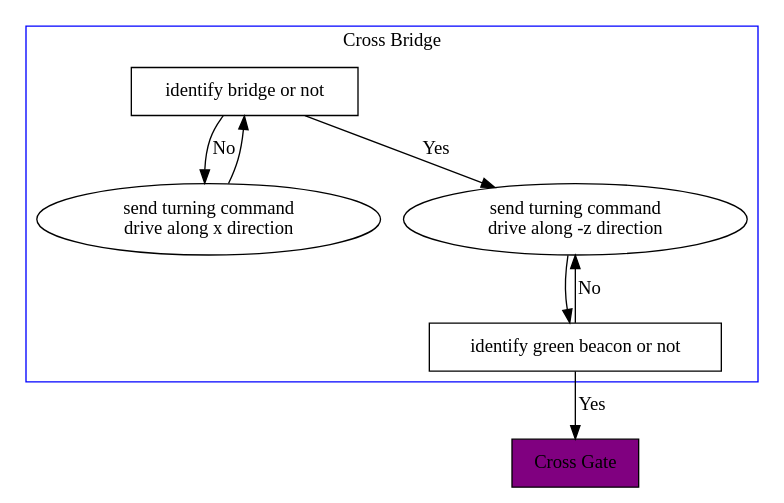
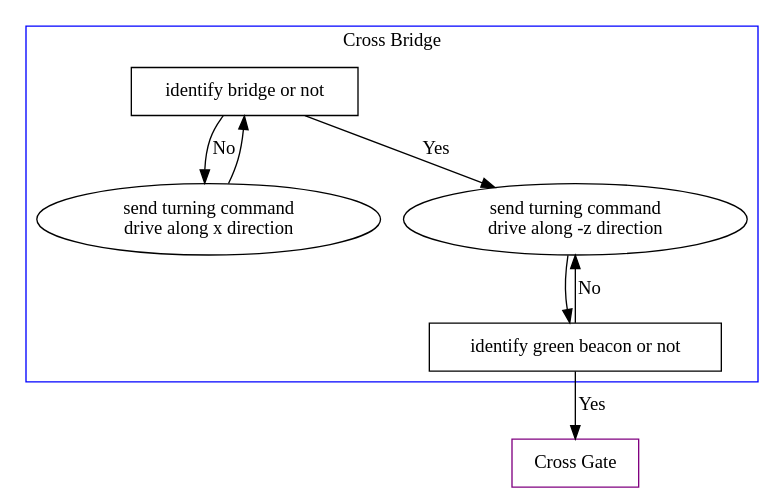
One commit to TDPS-Mihotel/Mihotel changed the diagram in flow_chart/cross_bridge.dot. Above: the diagram before and after it, drawn with Graphviz. The commit also changed 7 other files, not shown here.

```diff
--- a/flow_chart/cross_bridge.dot
+++ b/flow_chart/cross_bridge.dot
@@ -1,16 +1,16 @@
 digraph G {
     compound=true;
     subgraph cluster0 {
         color=blue
         label="Cross Bridge"
         "identify bridge or not" [shape=box]
         "identify bridge or not" -> "send turning command\ndrive along x direction" [label="No"]
         "send turning command\ndrive along x direction" -> "identify bridge or not"
         "identify bridge or not" -> "send turning command\ndrive along -z direction" [label="Yes"]
         "identify green beacon or not" [shape=box]
         "send turning command\ndrive along -z direction" -> "identify green beacon or not"
         "identify green beacon or not" -> "send turning command\ndrive along -z direction" [label="No"]
     }
-    "Cross Gate" [shape=box fillcolor=purple style=filled]
+    "Cross Gate" [shape=box color=purple]
     "identify green beacon or not" -> "Cross Gate" [label="Yes"]
 }
```
